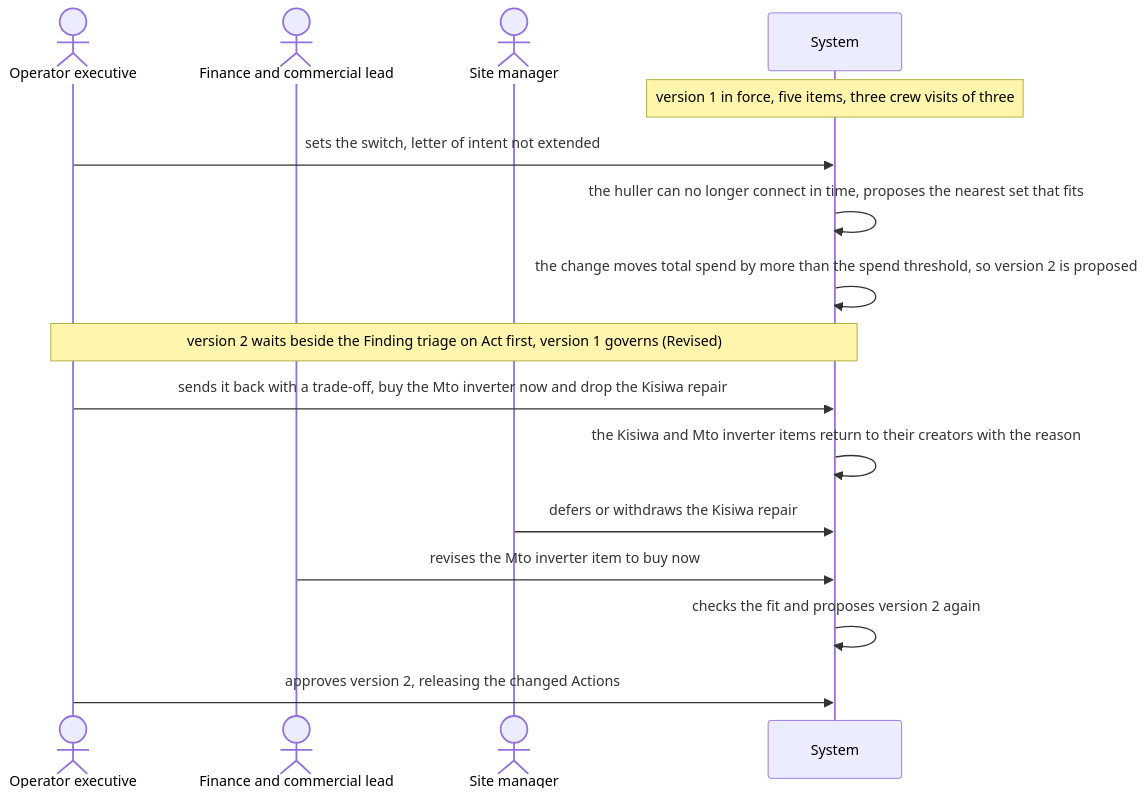
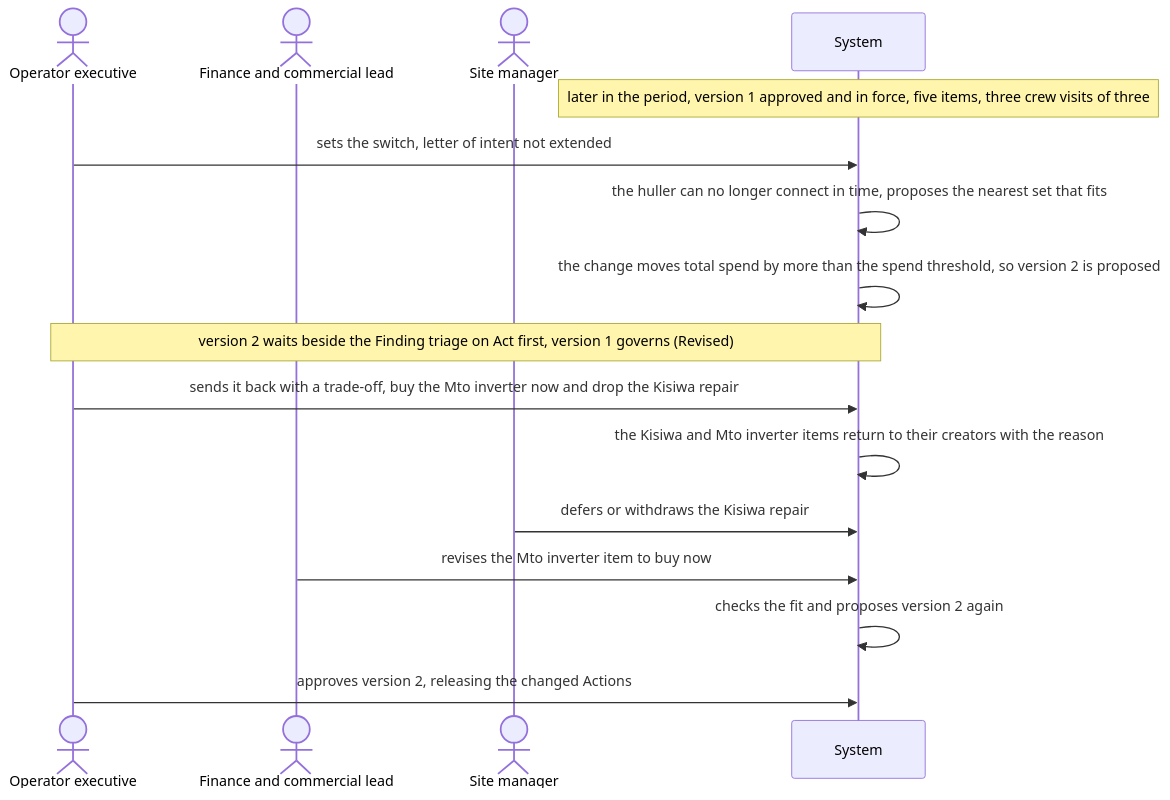
Before and after one commit to bineyame/AssetOpsV1: the third of 5 diagrams in Docs/demo-sprint/product-direction-layer4/plan-and-action-workflow.md, drawn with Mermaid. The commit also changed other lines of this file, not shown here.

````diff
--- a/Docs/demo-sprint/product-direction-layer4/plan-and-action-workflow.md
+++ b/Docs/demo-sprint/product-direction-layer4/plan-and-action-workflow.md
@@ -145,18 +151,18 @@
 ```mermaid
 sequenceDiagram
   actor E as Operator executive
   actor F as Finance and commercial lead
   actor M as Site manager
   participant S as System
-  Note over S: version 1 in force, five items, three crew visits of three
+  Note over S: later in the period, version 1 approved and in force, five items, three crew visits of three
   E->>S: sets the switch, letter of intent not extended
   S->>S: the huller can no longer connect in time, proposes the nearest set that fits
   S->>S: the change moves total spend by more than the spend threshold, so version 2 is proposed
   Note over E,S: version 2 waits beside the Finding triage on Act first, version 1 governs (Revised)
   E->>S: sends it back with a trade-off, buy the Mto inverter now and drop the Kisiwa repair
   S->>S: the Kisiwa and Mto inverter items return to their creators with the reason
   M->>S: defers or withdraws the Kisiwa repair
   F->>S: revises the Mto inverter item to buy now
   S->>S: checks the fit and proposes version 2 again
   E->>S: approves version 2, releasing the changed Actions
 ```
````
